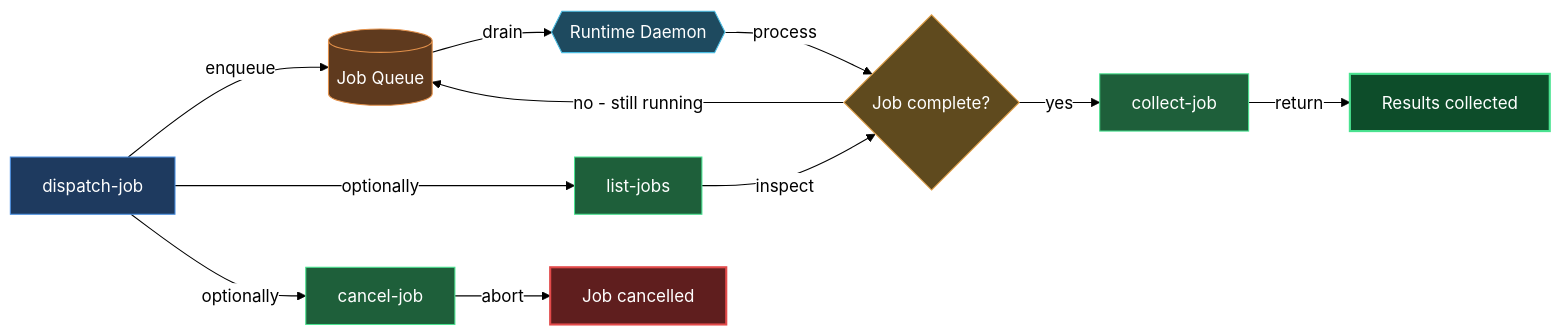
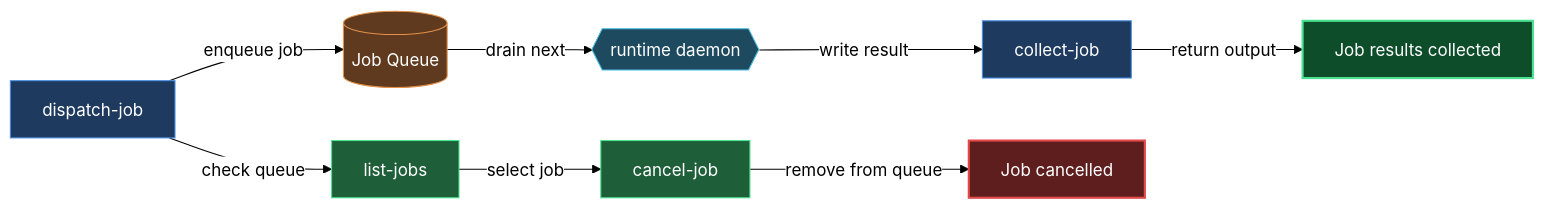
The diagram in claude/lazycortex-core/help/experts.md (mebius-san/lazy-cortex), drawn with Mermaid before and after one commit. The commit also changed other lines of this file and 45 other files, not shown here.

````diff
--- a/claude/lazycortex-core/help/experts.md
+++ b/claude/lazycortex-core/help/experts.md
@@ -77,42 +78,36 @@
 ```mermaid
 %%{init: {'themeVariables':{'background':'transparent','lineColor':'#000','textColor':'#000','edgeLabelBackground':'#fff'},'themeCSS':'.edgeLabel{background-color:transparent!important}.edgeLabel p{background-color:transparent!important}','flowchart':{'diagramPadding':5,'useMaxWidth':true}}}%%
 flowchart LR
   userDispatchJob[dispatch-job]
   jobQueue[(Job Queue)]
-  runtimeDaemon{{Runtime Daemon}}
-  listJobs[list-jobs]
-  cancelJob[cancel-job]
-  jobDone{Job complete?}
-  collectJob[collect-job]
-  resultReady[Results collected]
+  runtimeDaemon{{runtime daemon}}
+  userCollectJob[collect-job]
+  jobDone[Job results collected]
+  userListJobs[list-jobs]
+  userCancelJob[cancel-job]
   jobCancelled[Job cancelled]
 
-  userDispatchJob -->|enqueue| jobQueue
-  jobQueue -->|drain| runtimeDaemon
-  runtimeDaemon -->|process| jobDone
-  jobDone -->|yes| collectJob
-  jobDone -->|no - still running| jobQueue
-  userDispatchJob -->|optionally| listJobs
-  listJobs -->|inspect| jobDone
-  userDispatchJob -->|optionally| cancelJob
-  cancelJob -->|abort| jobCancelled
-  collectJob -->|return| resultReady
+  userDispatchJob -->|enqueue job| jobQueue
+  jobQueue -->|drain next| runtimeDaemon
+  runtimeDaemon -->|write result| userCollectJob
+  userCollectJob -->|return output| jobDone
+  userDispatchJob -->|check queue| userListJobs
+  userListJobs -->|select job| userCancelJob
+  userCancelJob -->|remove from queue| jobCancelled
 
   classDef entry fill:#1e3a5f,stroke:#4a90e2,color:#fff
   classDef action fill:#1e5f3a,stroke:#4ae290,color:#fff
-  classDef guard fill:#5f4a1e,stroke:#e2a14a,color:#fff
   classDef service fill:#1e4a5f,stroke:#4abce2,color:#fff
   classDef store fill:#5f3a1e,stroke:#e2904a,color:#fff
   classDef success fill:#0d4d2a,stroke:#4ae290,color:#fff,stroke-width:2px
   classDef error fill:#5f1e1e,stroke:#e24a4a,color:#fff,stroke-width:2px
 
   class userDispatchJob entry
+  class userCollectJob entry
+  class userListJobs action
+  class userCancelJob action
   class runtimeDaemon service
   class jobQueue store
-  class listJobs action
-  class cancelJob action
-  class jobDone guard
-  class collectJob action
-  class resultReady success
+  class jobDone success
   class jobCancelled error
 ```
````
